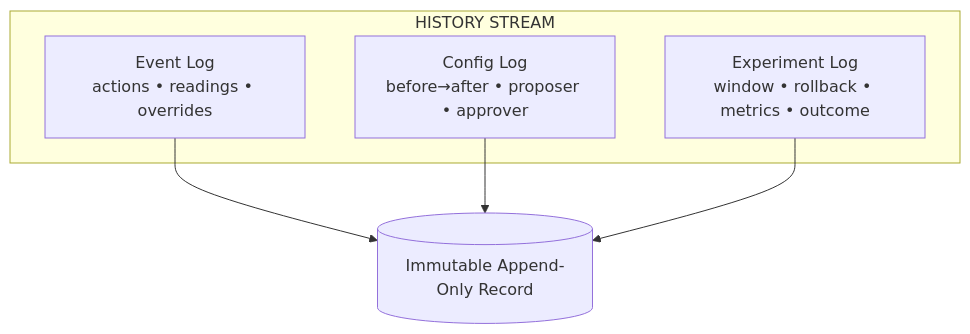
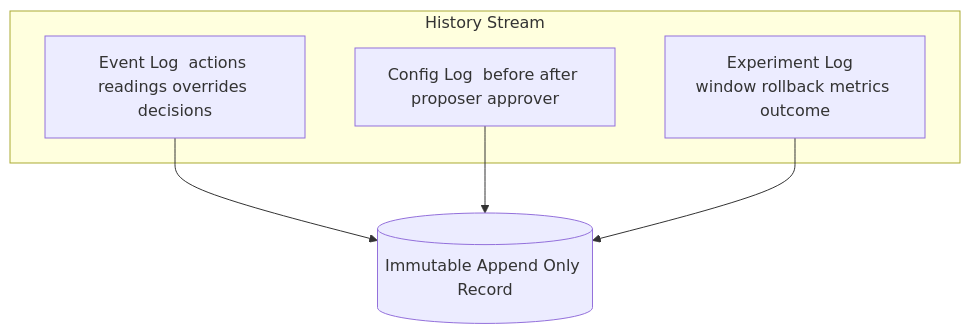
The diagram in history.mmd (podesc/ha_guidance), drawn with Mermaid before and after one commit.

Commit message:
Refactor history.mmd flowchart labels and formatting

```diff
--- a/history.mmd
+++ b/history.mmd
@@ -1,12 +1,12 @@
 flowchart TD
-  subgraph History[HISTORY STREAM]
-    E[Event Log<br/>actions • readings • overrides]
-    C[Config Log<br/>before→after • proposer • approver]
-    X[Experiment Log<br/>window • rollback • metrics • outcome]
+  subgraph HistoryStream [History Stream]
+    E[Event Log  actions readings overrides decisions]
+    C[Config Log  before after proposer approver]
+    X[Experiment Log  window rollback metrics outcome]
   end
 
   E --> HOUT
   C --> HOUT
   X --> HOUT
 
-  HOUT[(Immutable Append-Only Record)]
+  HOUT[(Immutable Append Only Record)]
```
